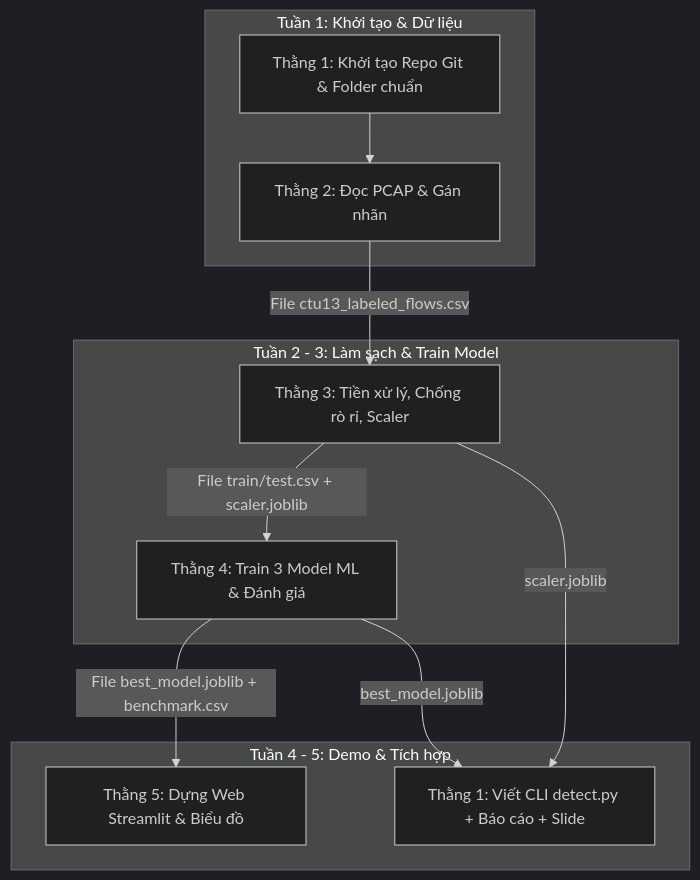
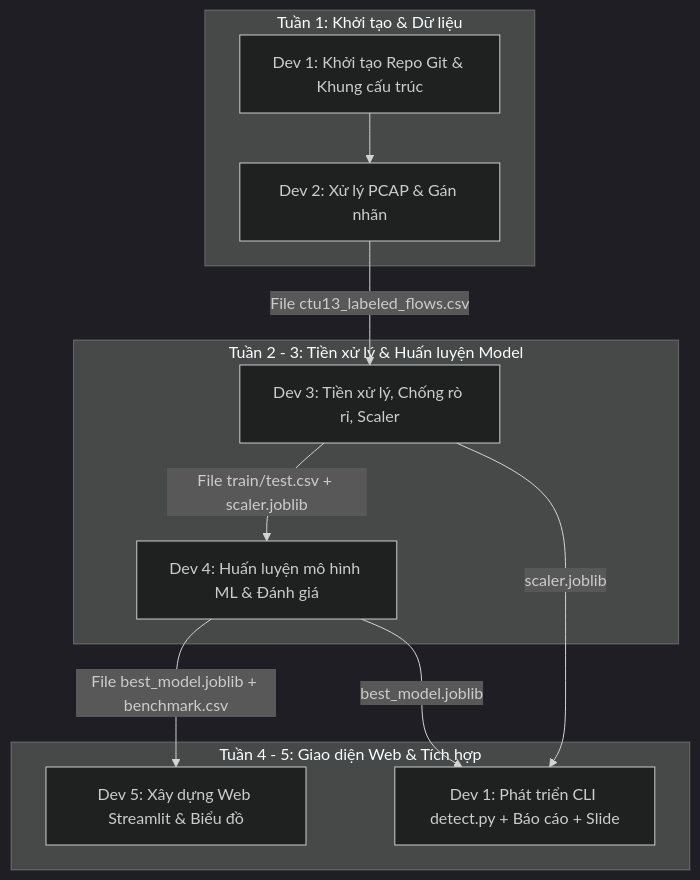
One commit to MoriFukasaki/Botnet_pipeline changed the diagram in TODO_LIST.md. Above: the diagram before and after it, drawn with Mermaid (dark theme). The commit also changed other lines of this file and 1 other file, not shown here.

````diff
--- a/TODO_LIST.md
+++ b/TODO_LIST.md
@@ -11,23 +11,23 @@
 ```mermaid
 flowchart TD
     subgraph Tuan1["Tuần 1: Khởi tạo & Dữ liệu"]
-        TV1_Git["Thằng 1: Khởi tạo Repo Git & Folder chuẩn"]
-        TV2_PCAP["Thằng 2: Đọc PCAP & Gán nhãn"]
+        TV1_Git["Dev 1: Khởi tạo Repo Git & Khung cấu trúc"]
+        TV2_PCAP["Dev 2: Xử lý PCAP & Gán nhãn"]
         TV1_Git --> TV2_PCAP
     end
 
-    subgraph Tuan2_3["Tuần 2 - 3: Làm sạch & Train Model"]
-        TV3_Data["Thằng 3: Tiền xử lý, Chống rò rỉ, Scaler"]
-        TV4_ML["Thằng 4: Train 3 Model ML & Đánh giá"]
+    subgraph Tuan2_3["Tuần 2 - 3: Tiền xử lý & Huấn luyện Model"]
+        TV3_Data["Dev 3: Tiền xử lý, Chống rò rỉ, Scaler"]
+        TV4_ML["Dev 4: Huấn luyện mô hình ML & Đánh giá"]
         TV2_PCAP -- "File ctu13_labeled_flows.csv" --> TV3_Data
         TV3_Data -- "File train/test.csv + scaler.joblib" --> TV4_ML
     end
 
-    subgraph Tuan4_5["Tuần 4 - 5: Demo & Tích hợp"]
-        TV5_Web["Thằng 5: Dựng Web Streamlit & Biểu đồ"]
-        TV1_End["Thằng 1: Viết CLI detect.py + Báo cáo + Slide"]
+    subgraph Tuan4_5["Tuần 4 - 5: Giao diện Web & Tích hợp"]
+        TV5_Web["Dev 5: Xây dựng Web Streamlit & Biểu đồ"]
+        TV1_End["Dev 1: Phát triển CLI detect.py + Báo cáo + Slide"]
         TV4_ML -- "File best_model.joblib + benchmark.csv" --> TV5_Web
         TV4_ML -- "best_model.joblib" --> TV1_End
         TV3_Data -- "scaler.joblib" --> TV1_End
     end
 ```
````
